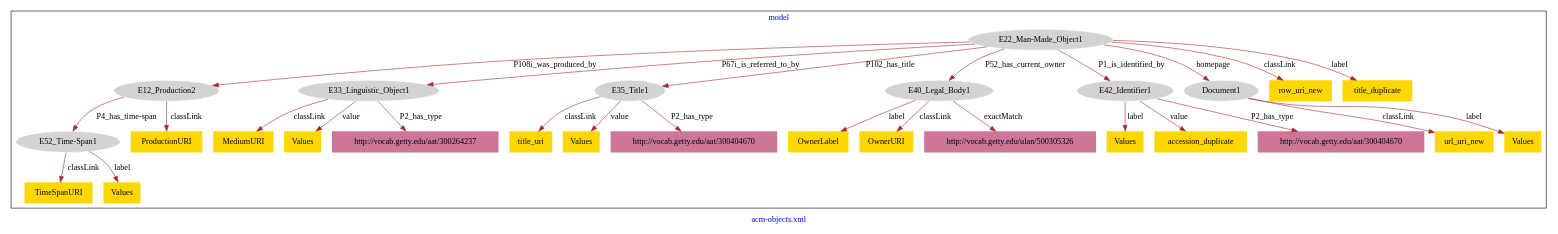
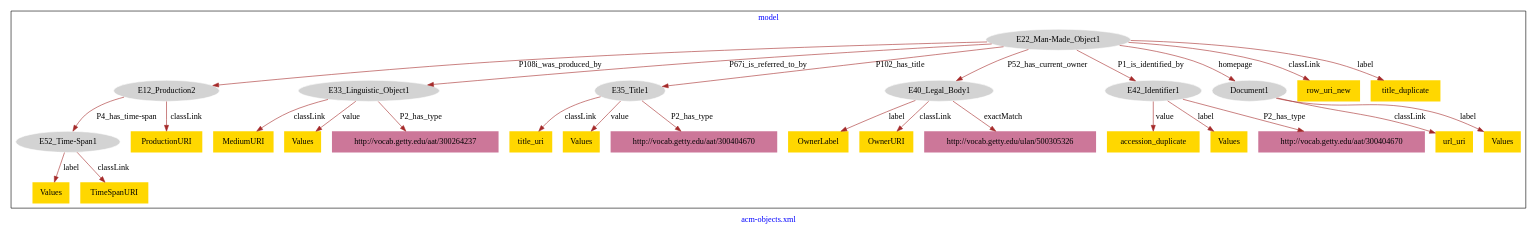
One commit to american-art/acm changed the diagram in acm-objects/acm-objects-model.dot. Above: the diagram before and after it, drawn with Graphviz.

Commit message:
Update file acm-objects-model.dot

```diff
--- a/acm-objects/acm-objects-model.dot
+++ b/acm-objects/acm-objects-model.dot
@@ -1,61 +1,61 @@
 digraph n0 {
 fontcolor="blue"
 remincross="true"
 label="acm-objects.xml"
 subgraph cluster {
 label="model"
 n2[style="filled",color="white",fillcolor="lightgray",label="E12_Production2"];
 n3[style="filled",color="white",fillcolor="lightgray",label="E52_Time-Span1"];
 n4[style="filled",color="white",fillcolor="lightgray",label="E22_Man-Made_Object1"];
 n5[style="filled",color="white",fillcolor="lightgray",label="E33_Linguistic_Object1"];
 n6[style="filled",color="white",fillcolor="lightgray",label="E35_Title1"];
 n7[style="filled",color="white",fillcolor="lightgray",label="E40_Legal_Body1"];
 n8[style="filled",color="white",fillcolor="lightgray",label="E42_Identifier1"];
 n9[style="filled",color="white",fillcolor="lightgray",label="Document1"];
-n10[shape="plaintext",style="filled",fillcolor="gold",label="OwnerLabel"];
-n11[shape="plaintext",style="filled",fillcolor="gold",label="MediumURI"];
-n12[shape="plaintext",style="filled",fillcolor="gold",label="title_uri"];
-n13[shape="plaintext",style="filled",fillcolor="gold",label="ProductionURI"];
-n14[shape="plaintext",style="filled",fillcolor="gold",label="Values"];
-n15[shape="plaintext",style="filled",fillcolor="gold",label="TimeSpanURI"];
-n16[shape="plaintext",style="filled",fillcolor="gold",label="url_uri_new"];
-n17[shape="plaintext",style="filled",fillcolor="gold",label="row_uri_new"];
+n10[shape="plaintext",style="filled",fillcolor="gold",label="row_uri_new"];
+n11[shape="plaintext",style="filled",fillcolor="gold",label="title_uri"];
+n12[shape="plaintext",style="filled",fillcolor="gold",label="OwnerLabel"];
+n13[shape="plaintext",style="filled",fillcolor="gold",label="Values"];
+n14[shape="plaintext",style="filled",fillcolor="gold",label="accession_duplicate"];
+n15[shape="plaintext",style="filled",fillcolor="gold",label="MediumURI"];
+n16[shape="plaintext",style="filled",fillcolor="gold",label="Values"];
+n17[shape="plaintext",style="filled",fillcolor="gold",label="url_uri"];
 n18[shape="plaintext",style="filled",fillcolor="gold",label="Values"];
 n19[shape="plaintext",style="filled",fillcolor="gold",label="Values"];
-n20[shape="plaintext",style="filled",fillcolor="gold",label="title_duplicate"];
-n21[shape="plaintext",style="filled",fillcolor="gold",label="Values"];
-n22[shape="plaintext",style="filled",fillcolor="gold",label="OwnerURI"];
-n23[shape="plaintext",style="filled",fillcolor="gold",label="Values"];
-n24[shape="plaintext",style="filled",fillcolor="gold",label="accession_duplicate"];
+n20[shape="plaintext",style="filled",fillcolor="gold",label="Values"];
+n21[shape="plaintext",style="filled",fillcolor="gold",label="OwnerURI"];
+n22[shape="plaintext",style="filled",fillcolor="gold",label="title_duplicate"];
+n23[shape="plaintext",style="filled",fillcolor="gold",label="TimeSpanURI"];
+n24[shape="plaintext",style="filled",fillcolor="gold",label="ProductionURI"];
 n25[shape="plaintext",style="filled",fillcolor="#CC7799",label="http://vocab.getty.edu/aat/300404670"];
 n26[shape="plaintext",style="filled",fillcolor="#CC7799",label="http://vocab.getty.edu/ulan/500305326"];
-n27[shape="plaintext",style="filled",fillcolor="#CC7799",label="http://vocab.getty.edu/aat/300264237"];
-n28[shape="plaintext",style="filled",fillcolor="#CC7799",label="http://vocab.getty.edu/aat/300404670"];
+n27[shape="plaintext",style="filled",fillcolor="#CC7799",label="http://vocab.getty.edu/aat/300404670"];
+n28[shape="plaintext",style="filled",fillcolor="#CC7799",label="http://vocab.getty.edu/aat/300264237"];
 }
 n2 -> n3[color="brown",fontcolor="black",label="P4_has_time-span"]
 n4 -> n2[color="brown",fontcolor="black",label="P108i_was_produced_by"]
 n4 -> n5[color="brown",fontcolor="black",label="P67i_is_referred_to_by"]
 n4 -> n6[color="brown",fontcolor="black",label="P102_has_title"]
 n4 -> n7[color="brown",fontcolor="black",label="P52_has_current_owner"]
 n4 -> n8[color="brown",fontcolor="black",label="P1_is_identified_by"]
 n4 -> n9[color="brown",fontcolor="black",label="homepage"]
-n7 -> n10[color="brown",fontcolor="black",label="label"]
-n5 -> n11[color="brown",fontcolor="black",label="classLink"]
-n6 -> n12[color="brown",fontcolor="black",label="classLink"]
-n2 -> n13[color="brown",fontcolor="black",label="classLink"]
-n8 -> n14[color="brown",fontcolor="black",label="label"]
-n3 -> n15[color="brown",fontcolor="black",label="classLink"]
-n9 -> n16[color="brown",fontcolor="black",label="classLink"]
-n4 -> n17[color="brown",fontcolor="black",label="classLink"]
-n5 -> n18[color="brown",fontcolor="black",label="value"]
-n9 -> n19[color="brown",fontcolor="black",label="label"]
-n4 -> n20[color="brown",fontcolor="black",label="label"]
-n6 -> n21[color="brown",fontcolor="black",label="value"]
-n7 -> n22[color="brown",fontcolor="black",label="classLink"]
-n3 -> n23[color="brown",fontcolor="black",label="label"]
-n8 -> n24[color="brown",fontcolor="black",label="value"]
+n4 -> n10[color="brown",fontcolor="black",label="classLink"]
+n6 -> n11[color="brown",fontcolor="black",label="classLink"]
+n7 -> n12[color="brown",fontcolor="black",label="label"]
+n6 -> n13[color="brown",fontcolor="black",label="value"]
+n8 -> n14[color="brown",fontcolor="black",label="value"]
+n5 -> n15[color="brown",fontcolor="black",label="classLink"]
+n5 -> n16[color="brown",fontcolor="black",label="value"]
+n9 -> n17[color="brown",fontcolor="black",label="classLink"]
+n9 -> n18[color="brown",fontcolor="black",label="label"]
+n3 -> n19[color="brown",fontcolor="black",label="label"]
+n8 -> n20[color="brown",fontcolor="black",label="label"]
+n7 -> n21[color="brown",fontcolor="black",label="classLink"]
+n4 -> n22[color="brown",fontcolor="black",label="label"]
+n3 -> n23[color="brown",fontcolor="black",label="classLink"]
+n2 -> n24[color="brown",fontcolor="black",label="classLink"]
 n6 -> n25[color="brown",fontcolor="black",label="P2_has_type"]
 n7 -> n26[color="brown",fontcolor="black",label="exactMatch"]
-n5 -> n27[color="brown",fontcolor="black",label="P2_has_type"]
-n8 -> n28[color="brown",fontcolor="black",label="P2_has_type"]
+n8 -> n27[color="brown",fontcolor="black",label="P2_has_type"]
+n5 -> n28[color="brown",fontcolor="black",label="P2_has_type"]
 }
```
